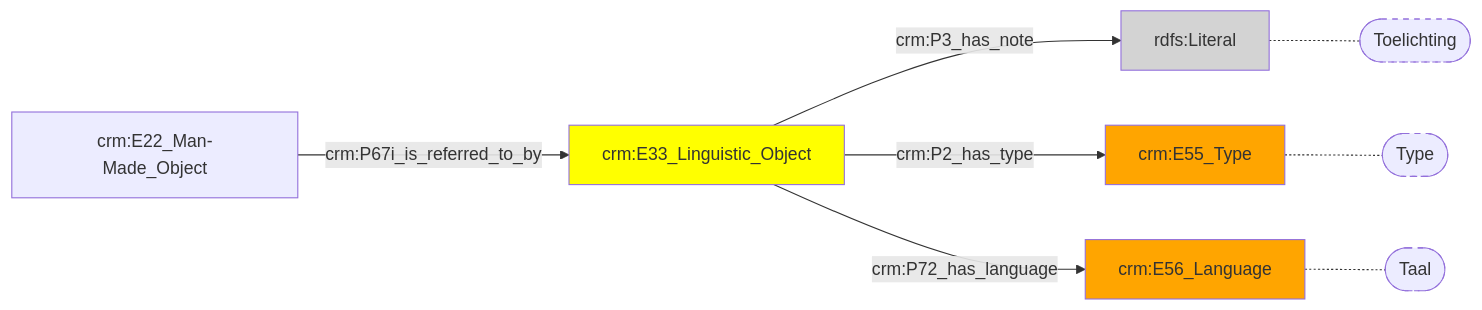
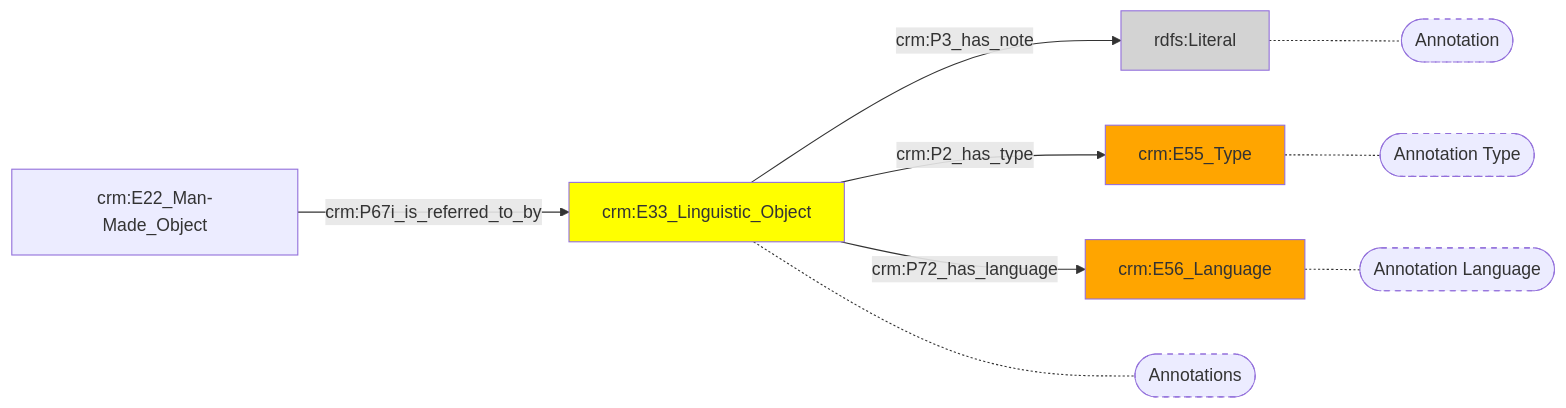
The diagram in docs/content/modellen/ArchiefItemMaterieel/Aantekeningen.md (digipolisantwerpdocumentation/antwerp-cultureel-erfgoed), drawn with Mermaid before and after one commit. The commit also changed 167 other files, not shown here.

````diff
--- a/docs/content/modellen/ArchiefItemMaterieel/Aantekeningen.md
+++ b/docs/content/modellen/ArchiefItemMaterieel/Aantekeningen.md
@@ -1,17 +1,19 @@
 ```mermaid
 graph LR
 d1dcd598-a5fe-11ec-b19f-9cf387da2c40["crm:E33_Linguistic_Object"]-->|"crm:P3_has_note"|d1de1a0c-a5fe-11ec-b19f-9cf387da2c40(rdfs:Literal)
-d1de2cfe-a5fe-11ec-b19f-9cf387da2c40["crm:E55_Type"]-.-d1de2cfe-a5fe-11ec-b19f-9cf387da2c40_s(["Type"])
-d1de1a0c-a5fe-11ec-b19f-9cf387da2c40["rdfs:Literal"]-.-d1de1a0c-a5fe-11ec-b19f-9cf387da2c40_s(["Toelichting"])
-d1de1746-a5fe-11ec-b19f-9cf387da2c40["crm:E56_Language"]-.-d1de1746-a5fe-11ec-b19f-9cf387da2c40_s(["Taal"])
+d1de2cfe-a5fe-11ec-b19f-9cf387da2c40["crm:E55_Type"]-.-d1de2cfe-a5fe-11ec-b19f-9cf387da2c40_s(["Annotation Type"])
+d1de1a0c-a5fe-11ec-b19f-9cf387da2c40["rdfs:Literal"]-.-d1de1a0c-a5fe-11ec-b19f-9cf387da2c40_s(["Annotation"])
+d1de1746-a5fe-11ec-b19f-9cf387da2c40["crm:E56_Language"]-.-d1de1746-a5fe-11ec-b19f-9cf387da2c40_s(["Annotation Language"])
+d1dcd598-a5fe-11ec-b19f-9cf387da2c40["crm:E33_Linguistic_Object"]-.-d1dcd598-a5fe-11ec-b19f-9cf387da2c40_s(["Annotations"])
 style d1de2cfe-a5fe-11ec-b19f-9cf387da2c40_s stroke-dasharray: 5
 style d1de1a0c-a5fe-11ec-b19f-9cf387da2c40_s stroke-dasharray: 5
 style d1de1746-a5fe-11ec-b19f-9cf387da2c40_s stroke-dasharray: 5
-d1dcd598-a5fe-11ec-b19f-9cf387da2c40["crm:E33_Linguistic_Object"]-->|"crm:P2_has_type"|d1de2cfe-a5fe-11ec-b19f-9cf387da2c40["crm:E55_Type"]
-d1dcd598-a5fe-11ec-b19f-9cf387da2c40["crm:E33_Linguistic_Object"]-->|"crm:P72_has_language"|d1de1746-a5fe-11ec-b19f-9cf387da2c40["crm:E56_Language"]
-d1dd96e0-a5fe-11ec-b19f-9cf387da2c40["crm:E22_Man-Made_Object"]-->|"crm:P67i_is_referred_to_by"|d1dcd598-a5fe-11ec-b19f-9cf387da2c40["crm:E33_Linguistic_Object"]
+style d1dcd598-a5fe-11ec-b19f-9cf387da2c40_s stroke-dasharray: 5
 style d1dcd598-a5fe-11ec-b19f-9cf387da2c40 fill:#ffff00
 style d1de1746-a5fe-11ec-b19f-9cf387da2c40 fill:#ffa500
 style d1de1a0c-a5fe-11ec-b19f-9cf387da2c40 fill:#D3D3D3
 style d1de2cfe-a5fe-11ec-b19f-9cf387da2c40 fill:#ffa500
+d1dcd598-a5fe-11ec-b19f-9cf387da2c40["crm:E33_Linguistic_Object"]-->|"crm:P2_has_type"|d1de2cfe-a5fe-11ec-b19f-9cf387da2c40["crm:E55_Type"]
+d1dcd598-a5fe-11ec-b19f-9cf387da2c40["crm:E33_Linguistic_Object"]-->|"crm:P72_has_language"|d1de1746-a5fe-11ec-b19f-9cf387da2c40["crm:E56_Language"]
+d1dd96e0-a5fe-11ec-b19f-9cf387da2c40["crm:E22_Man-Made_Object"]-->|"crm:P67i_is_referred_to_by"|d1dcd598-a5fe-11ec-b19f-9cf387da2c40["crm:E33_Linguistic_Object"]
 ```
````
